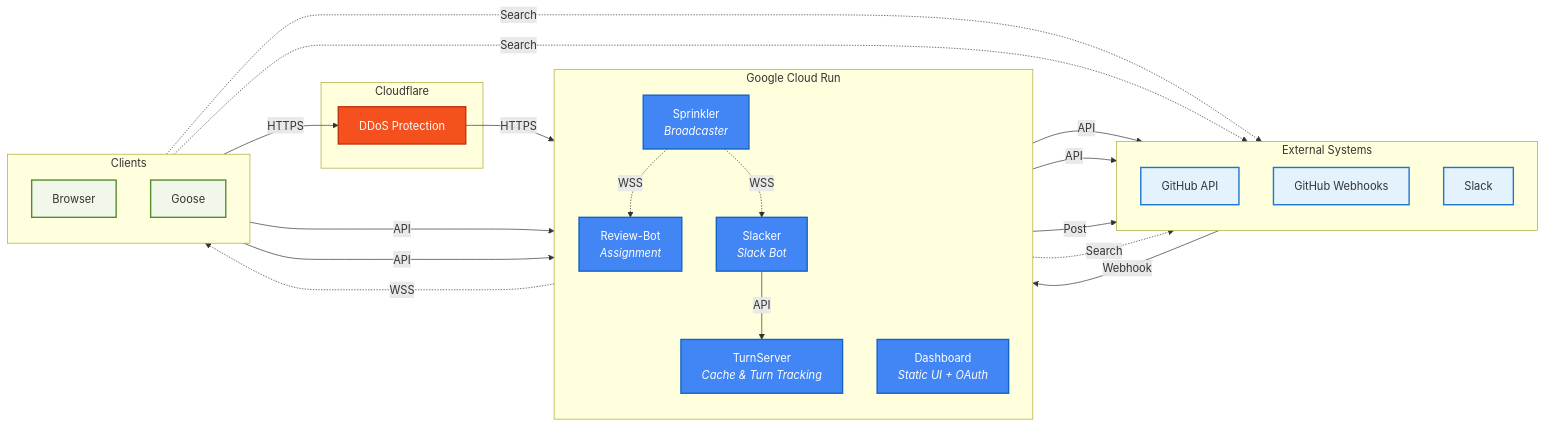
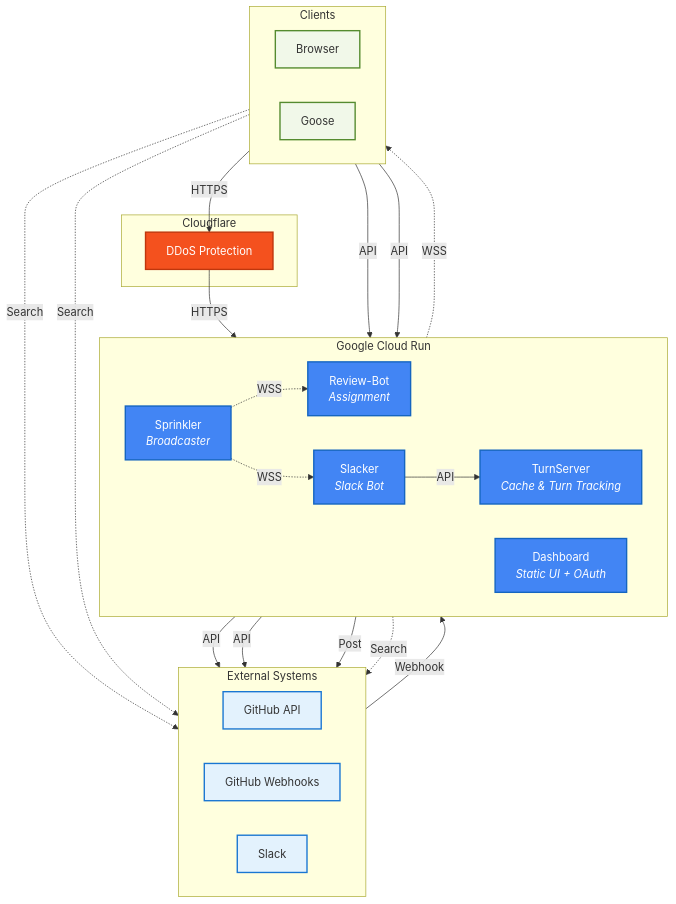
The first of 3 diagrams in README.md (codeGROOVE-dev/architecture), drawn with Mermaid before and after one commit.

Commit message:
reflow sys arch diag

````diff
--- a/README.md
+++ b/README.md
@@ -13,59 +13,59 @@
 ```mermaid
-flowchart LR
+flowchart TB
     subgraph External["External Systems"]
-        direction TB
+        direction LR
         GH["GitHub API"]
         WHooks["GitHub Webhooks"]
         Slack["Slack"]
     end
 
+    subgraph CF["Cloudflare"]
+        CFProxy["DDoS Protection"]
+    end
+
     subgraph GCR["Google Cloud Run"]
-        direction TB
+        direction LR
         Sprinkler["Sprinkler<br/><i>Broadcaster</i>"]
         ReviewBot["Review-Bot<br/><i>Assignment</i>"]
         Slacker["Slacker<br/><i>Slack Bot</i>"]
         TurnServer["TurnServer<br/><i>Cache & Turn Tracking</i>"]
         Dashboard["Dashboard<br/><i>Static UI + OAuth</i>"]
     end
 
-    subgraph CF["Cloudflare"]
-        CFProxy["DDoS Protection"]
-    end
-
     subgraph Clients["Clients"]
-        direction TB
+        direction LR
         Browser["Browser"]
         Goose["Goose"]
     end
 
     WHooks -->|Webhook| Sprinkler
 
     Sprinkler -.->|WSS| ReviewBot
     Sprinkler -.->|WSS| Goose
     Sprinkler -.->|WSS| Slacker
 
     ReviewBot -->|API| GH
     TurnServer -->|API| GH
 
     Goose -->|API| TurnServer
     Slacker -->|API| TurnServer
     Browser -->|API| TurnServer
 
     Browser -->|HTTPS| CFProxy
     CFProxy -->|HTTPS| Dashboard
     Slacker -->|Post| Slack
 
     Browser -.->|Search| GH
     Goose -.->|Search| GH
     Slacker -.->|Search| GH
 
     classDef external fill:#e3f2fd,stroke:#1976d2,stroke-width:2px
     classDef cloudrun fill:#4285f4,stroke:#1565c0,stroke-width:2px,color:#fff
     classDef cloudflare fill:#f4511e,stroke:#bf360c,stroke-width:2px,color:#fff
     classDef client fill:#f1f8e9,stroke:#558b2f,stroke-width:2px
 
     class GH,WHooks,Slack external
     class Sprinkler,ReviewBot,Slacker,TurnServer,Dashboard cloudrun
     class CFProxy cloudflare
     class Browser,Goose client
 ```
````
